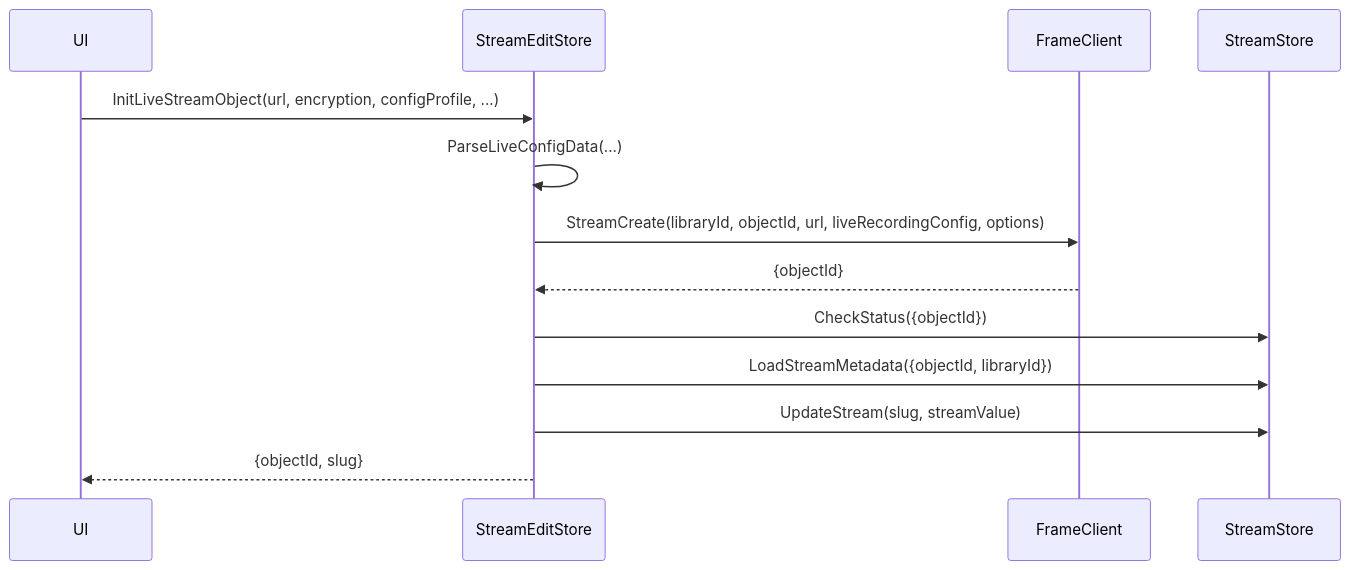
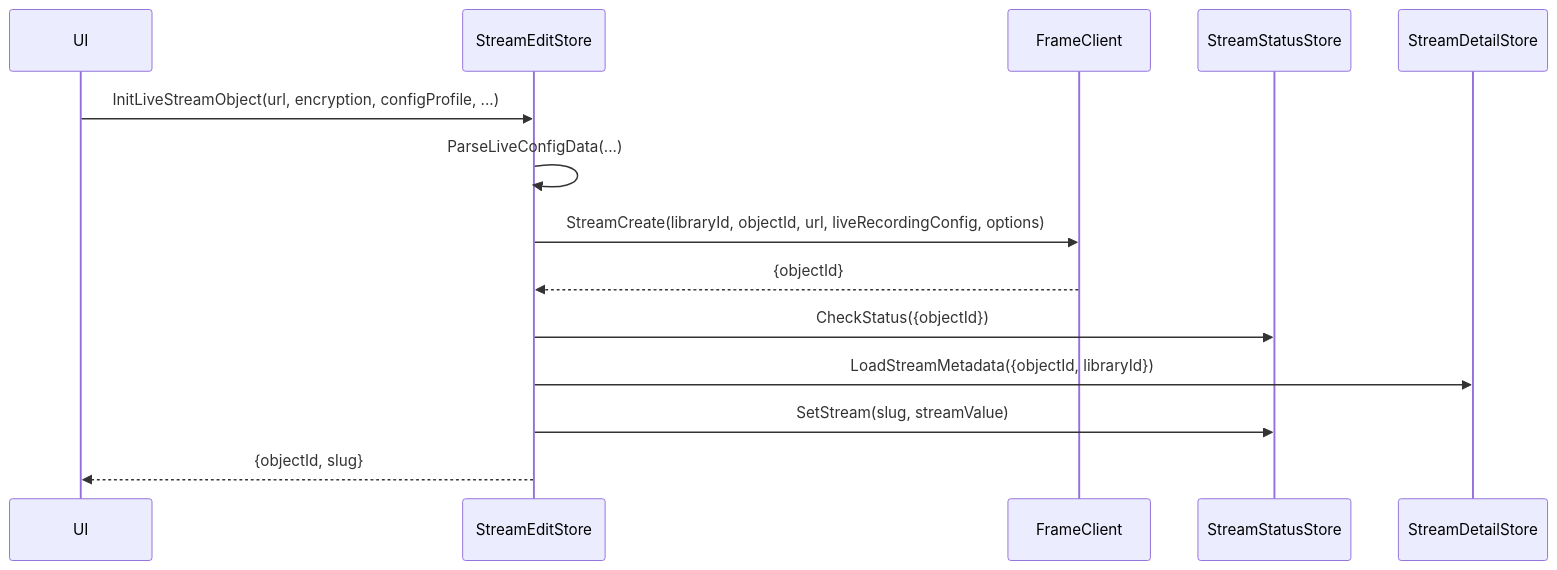
Before and after one commit to eluv-io/elv-live-stream: the first of 4 diagrams in docs/diagrams/stream-lifecycle.md, drawn with Mermaid. The commit also changed other lines of this file and 118 other files, not shown here.

````diff
--- a/docs/diagrams/stream-lifecycle.md
+++ b/docs/diagrams/stream-lifecycle.md
@@ -7,16 +7,17 @@
 ```mermaid
 sequenceDiagram
     participant UI
     participant StreamEditStore
     participant FrameClient
-    participant StreamStore
+    participant StreamStatusStore
+    participant StreamDetailStore
 
     UI->>StreamEditStore: InitLiveStreamObject(url, encryption, configProfile, ...)
     StreamEditStore->>StreamEditStore: ParseLiveConfigData(...)
     StreamEditStore->>FrameClient: StreamCreate(libraryId, objectId, url, liveRecordingConfig, options)
     FrameClient-->>StreamEditStore: {objectId}
-    StreamEditStore->>StreamStore: CheckStatus({objectId})
-    StreamEditStore->>StreamStore: LoadStreamMetadata({objectId, libraryId})
-    StreamEditStore->>StreamStore: UpdateStream(slug, streamValue)
+    StreamEditStore->>StreamStatusStore: CheckStatus({objectId})
+    StreamEditStore->>StreamDetailStore: LoadStreamMetadata({objectId, libraryId})
+    StreamEditStore->>StreamStatusStore: SetStream(slug, streamValue)
     StreamEditStore-->>UI: {objectId, slug}
 ```
````
